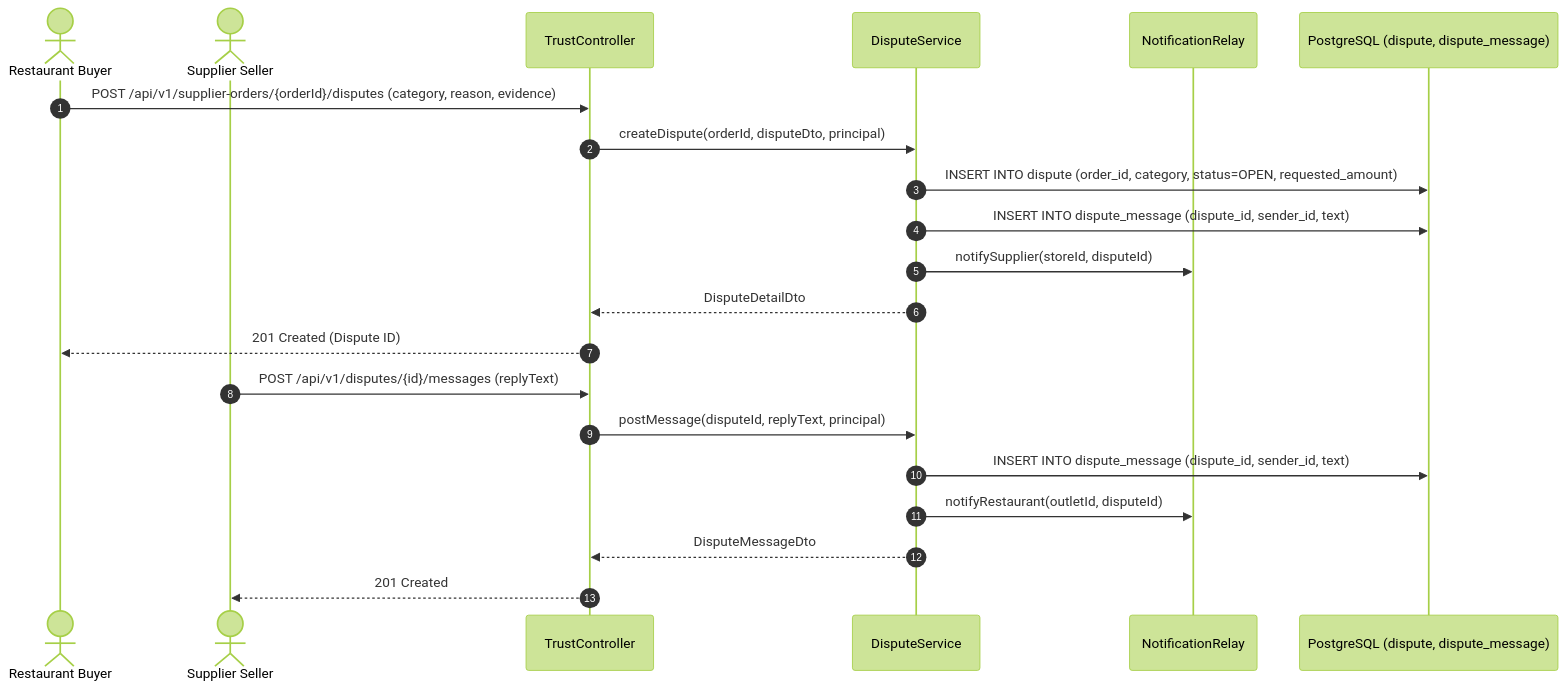
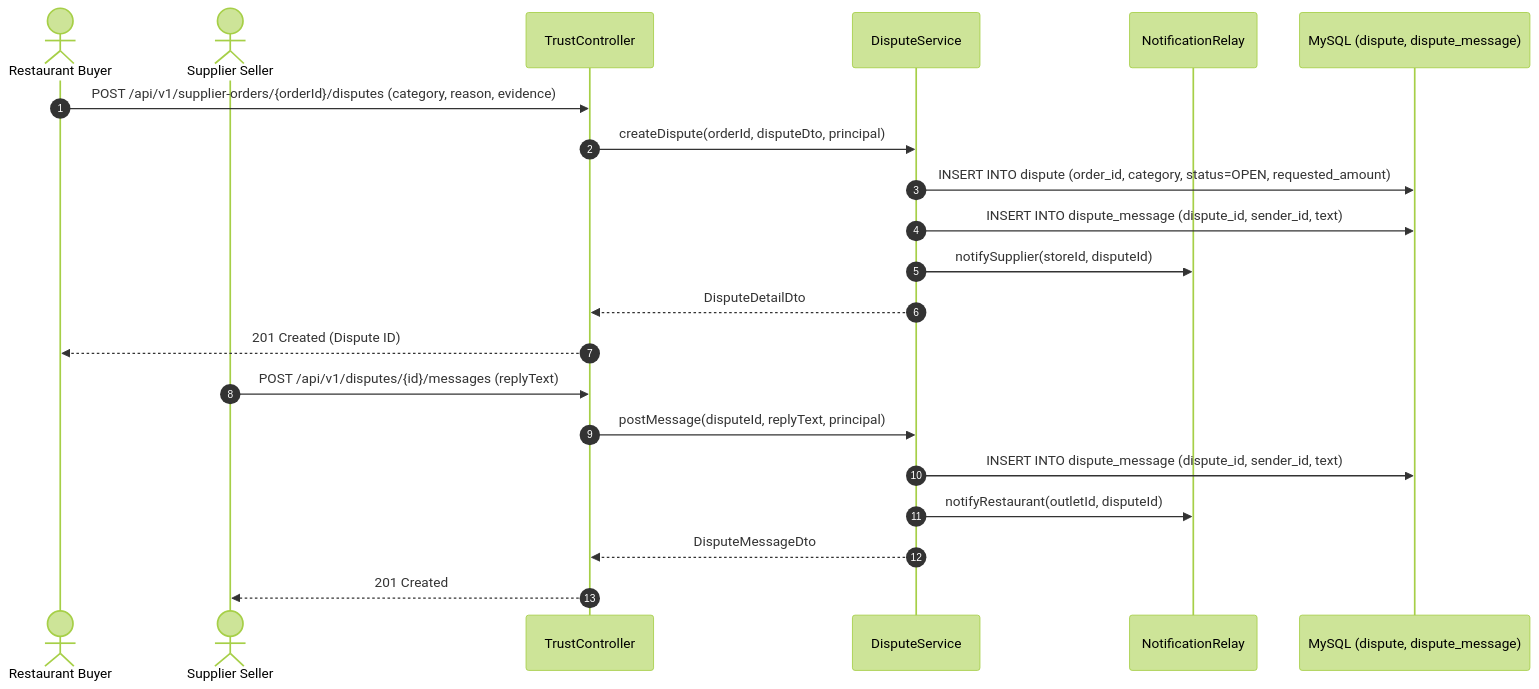
One commit to narasimha-reddy/costonomy-mp-api changed the second of 4 diagrams in docs/architecture/sequence-diagrams/04-trust-and-disputes.md. Above: the diagram before and after it, drawn with Mermaid (forest theme). The commit also changed other lines of this file and 19 other files, not shown here.

First line of the commit message:
docs(delivery): current state, diagrams, decisions D-204 to D-207, changelog and traceability

````diff
--- a/docs/architecture/sequence-diagrams/04-trust-and-disputes.md
+++ b/docs/architecture/sequence-diagrams/04-trust-and-disputes.md
@@ -55,25 +55,25 @@
 ```mermaid
 sequenceDiagram
     autonumber
     actor Restaurant as Restaurant Buyer
     actor Supplier as Supplier Seller
     participant TC as TrustController
     participant DS as DisputeService
     participant NR as NotificationRelay
-    participant DB as PostgreSQL (dispute, dispute_message)
+    participant DB as MySQL (dispute, dispute_message)
 
     Restaurant->>TC: POST /api/v1/supplier-orders/{orderId}/disputes (category, reason, evidence)
     TC->>DS: createDispute(orderId, disputeDto, principal)
     DS->>DB: INSERT INTO dispute (order_id, category, status=OPEN, requested_amount)
     DS->>DB: INSERT INTO dispute_message (dispute_id, sender_id, text)
     DS->>NR: notifySupplier(storeId, disputeId)
     DS-->>TC: DisputeDetailDto
     TC-->>Restaurant: 201 Created (Dispute ID)
 
     Supplier->>TC: POST /api/v1/disputes/{id}/messages (replyText)
     TC->>DS: postMessage(disputeId, replyText, principal)
     DS->>DB: INSERT INTO dispute_message (dispute_id, sender_id, text)
     DS->>NR: notifyRestaurant(outletId, disputeId)
     DS-->>TC: DisputeMessageDto
     TC-->>Supplier: 201 Created
 ```
````
